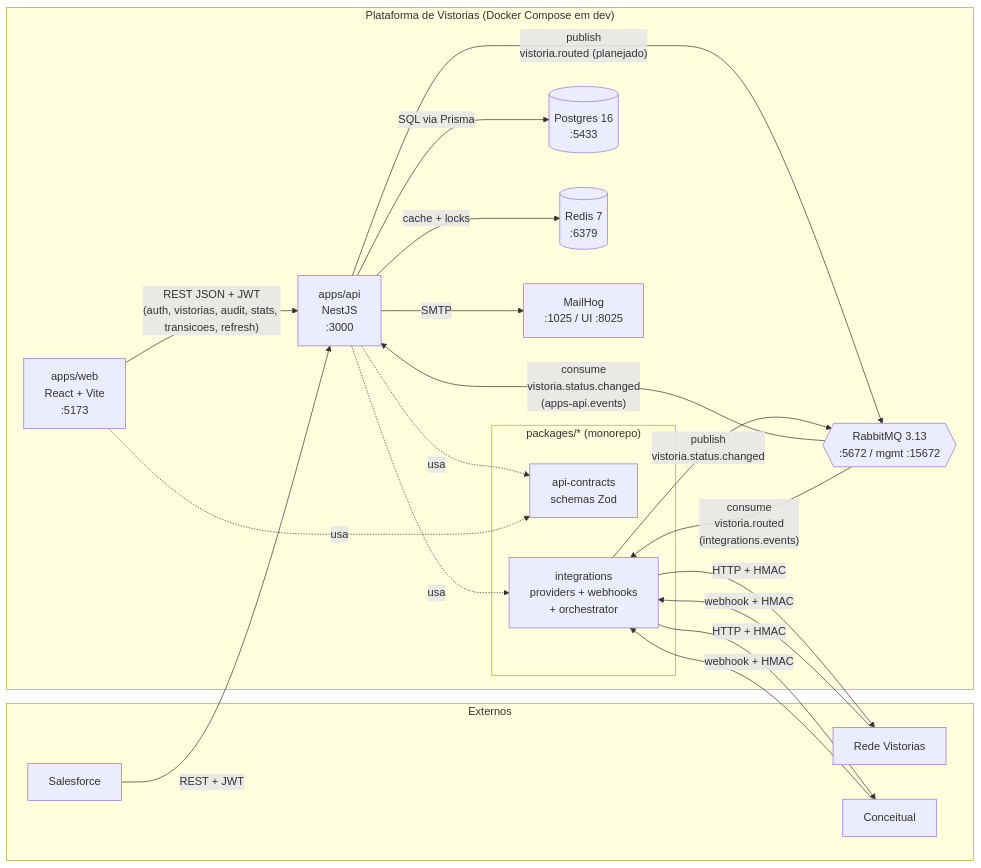
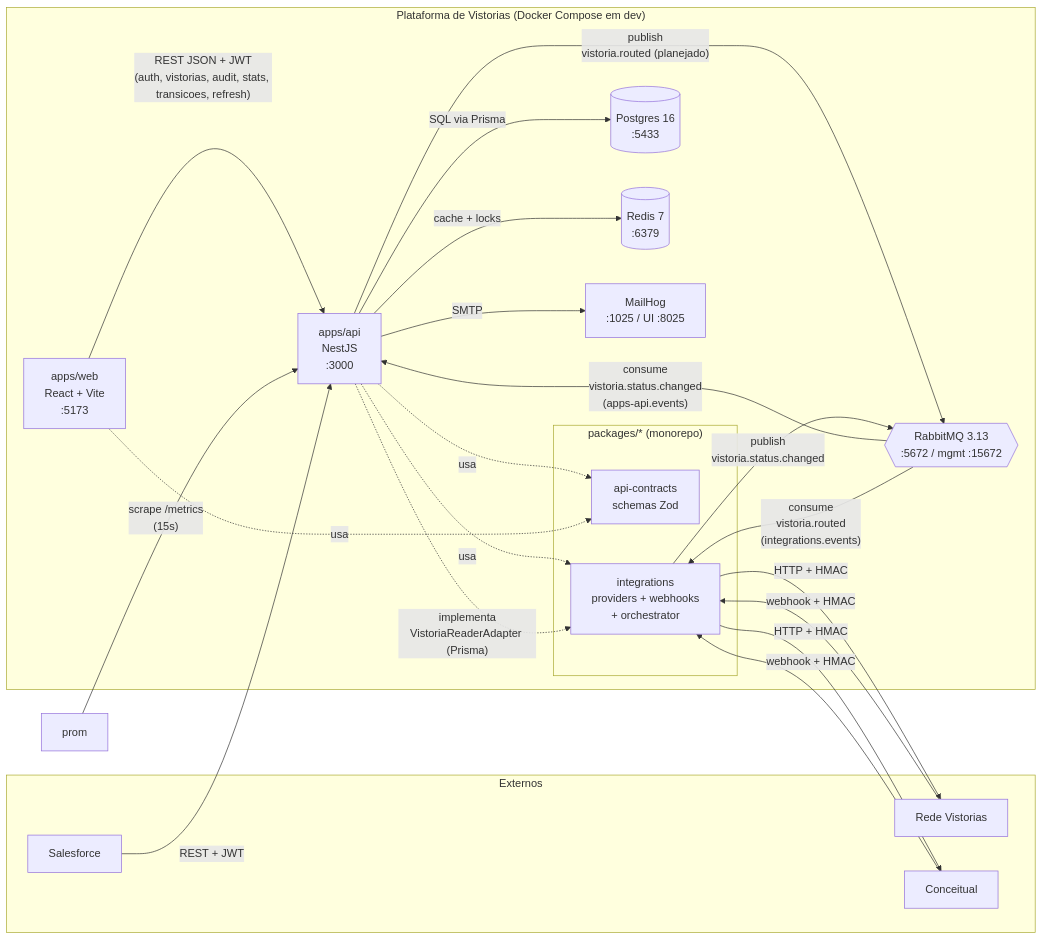
One commit to csantosrss/VistoriaPlatform changed the first of 2 diagrams in docs/architecture/c4-container.md. Above: the diagram before and after it, drawn with Mermaid. The commit also changed other lines of this file and 11 other files, not shown here.

````diff
--- a/docs/architecture/c4-container.md
+++ b/docs/architecture/c4-container.md
@@ -7,43 +7,45 @@
 ```mermaid
 flowchart LR
     subgraph Externos
         sf["Salesforce"]
         rv["Rede Vistorias"]
         cc["Conceitual"]
     end
 
     subgraph Plataforma["Plataforma de Vistorias (Docker Compose em dev)"]
         web["apps/web<br/>React + Vite<br/>:5173"]
         api["apps/api<br/>NestJS<br/>:3000"]
 
         subgraph Packages["packages/* (monorepo)"]
             contracts["api-contracts<br/>schemas Zod"]
             integrations["integrations<br/>providers + webhooks<br/>+ orchestrator"]
         end
 
         pg[("Postgres 16<br/>:5433")]
         redis[("Redis 7<br/>:6379")]
         rmq{{"RabbitMQ 3.13<br/>:5672 / mgmt :15672"}}
         mh["MailHog<br/>:1025 / UI :8025"]
     end
 
     web -- "REST JSON + JWT<br/>(auth, vistorias, audit, stats, transicoes, refresh)" --> api
 
     api -.usa.-> contracts
     api -.usa.-> integrations
     web -.usa.-> contracts
 
     api -- "SQL via Prisma" --> pg
     api -- "cache + locks" --> redis
     api -- "publish<br/>vistoria.routed (planejado)" --> rmq
     integrations -- "publish<br/>vistoria.status.changed" --> rmq
     rmq -- "consume<br/>vistoria.status.changed<br/>(apps-api.events)" --> api
     rmq -- "consume<br/>vistoria.routed<br/>(integrations.events)" --> integrations
+    api -. "implementa<br/>VistoriaReaderAdapter (Prisma)" .-> integrations
 
     integrations -- "HTTP + HMAC" --> rv
     integrations -- "HTTP + HMAC" --> cc
     sf -- "REST + JWT" --> api
     api -- "SMTP" --> mh
     rv -- "webhook + HMAC" --> integrations
     cc -- "webhook + HMAC" --> integrations
+    prom -- "scrape /metrics<br/>(15s)" --> api
 ```
````
